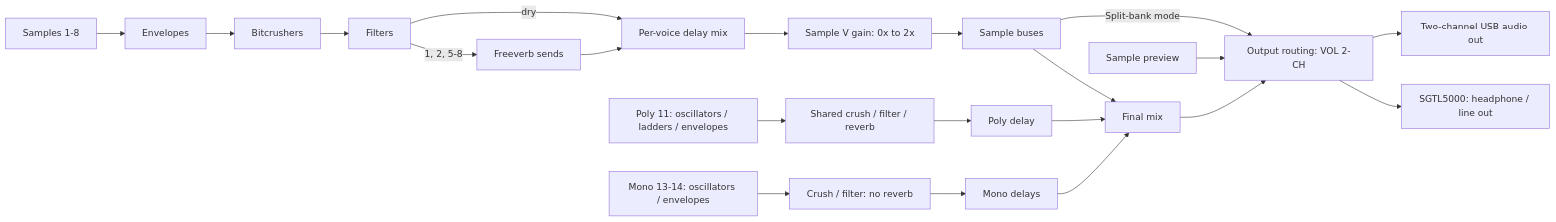
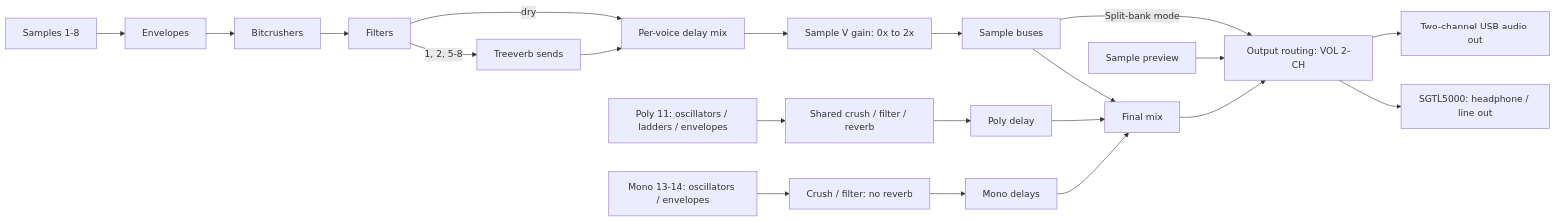
Before and after one commit to Soundpauli/toern: the diagram in devdocs/docs/audio/graph.md, drawn with Mermaid. The commit also changed other lines of this file and 9 other files, not shown here.

Commit message:
Replace Freeverb with lighter Treeverb across reverb paths

````diff
--- a/devdocs/docs/audio/graph.md
+++ b/devdocs/docs/audio/graph.md
@@ -13,19 +13,19 @@
 ```mermaid
 flowchart LR
   S[Samples 1-8] --> ENV[Envelopes] --> BIT[Bitcrushers] --> FIL[Filters]
-  FIL -->|1, 2, 5-8| VERB[Freeverb sends]
+  FIL -->|1, 2, 5-8| VERB[Treeverb sends]
   FIL -->|dry| DLY[Per-voice delay mix]
   VERB --> DLY
   DLY --> V[Sample V gain: 0x to 2x]
   V --> BANK[Sample buses]
   POLY[Poly 11: oscillators / ladders / envelopes] --> PFX[Shared crush / filter / reverb]
   MONO[Mono 13-14: oscillators / envelopes] --> MFX[Crush / filter: no reverb]
   BANK --> END[Final mix]
   PFX --> PD[Poly delay] --> END
   MFX --> MD[Mono delays] --> END
   END --> ROUTE[Output routing: VOL 2-CH]
   BANK -->|Split-bank mode| ROUTE
   PREV[Sample preview] --> ROUTE
   ROUTE --> CODEC[SGTL5000: headphone / line out]
   ROUTE --> USB[Two-channel USB audio out]
 ```
````
